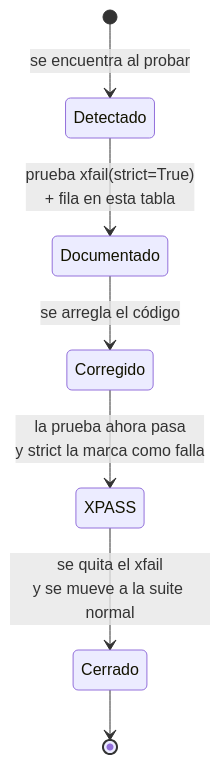
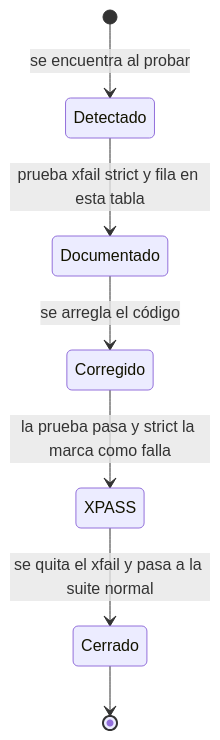
The eighth of 8 diagrams in docs/TESTING.md (AGA-Studio/Member-Web), drawn with Mermaid before and after one commit.

Commit message:
docs: simplificar etiquetas del diagrama de hallazgos

````diff
--- a/docs/TESTING.md
+++ b/docs/TESTING.md
@@ -581,9 +581,9 @@
 ```mermaid
 stateDiagram-v2
     [*] --> Detectado: se encuentra al probar
-    Detectado --> Documentado: prueba xfail(strict=True)<br/>+ fila en esta tabla
+    Detectado --> Documentado: prueba xfail strict y fila en esta tabla
     Documentado --> Corregido: se arregla el código
-    Corregido --> XPASS: la prueba ahora pasa<br/>y strict la marca como falla
-    XPASS --> Cerrado: se quita el xfail<br/>y se mueve a la suite normal
+    Corregido --> XPASS: la prueba pasa y strict la marca como falla
+    XPASS --> Cerrado: se quita el xfail y pasa a la suite normal
     Cerrado --> [*]
 ```
````
